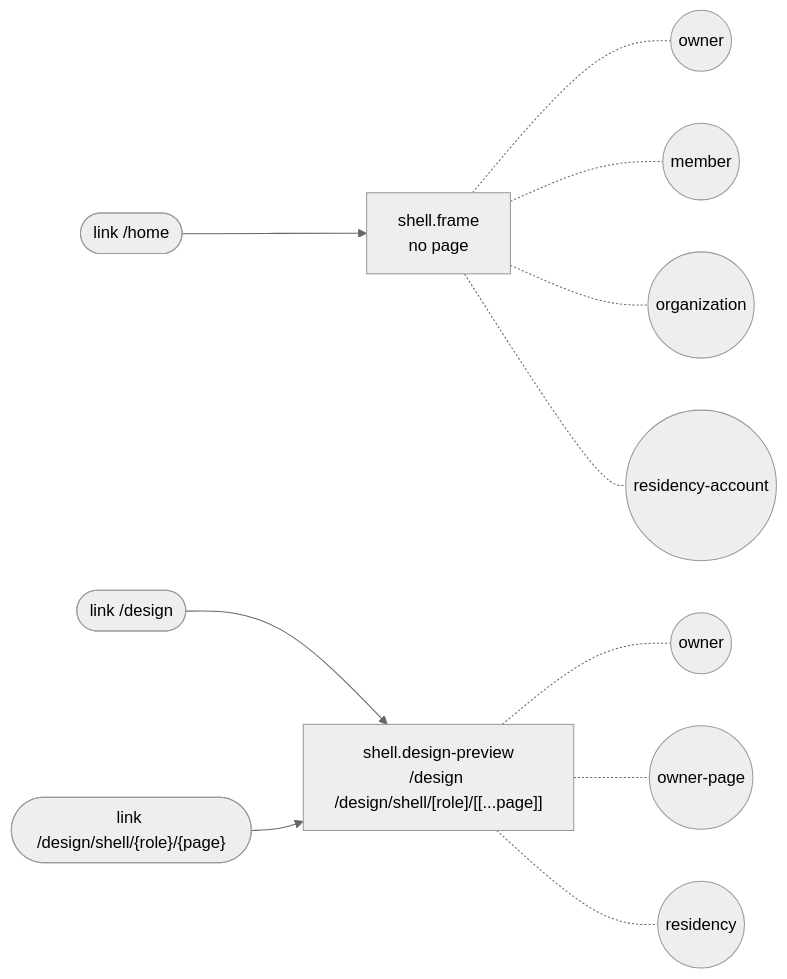
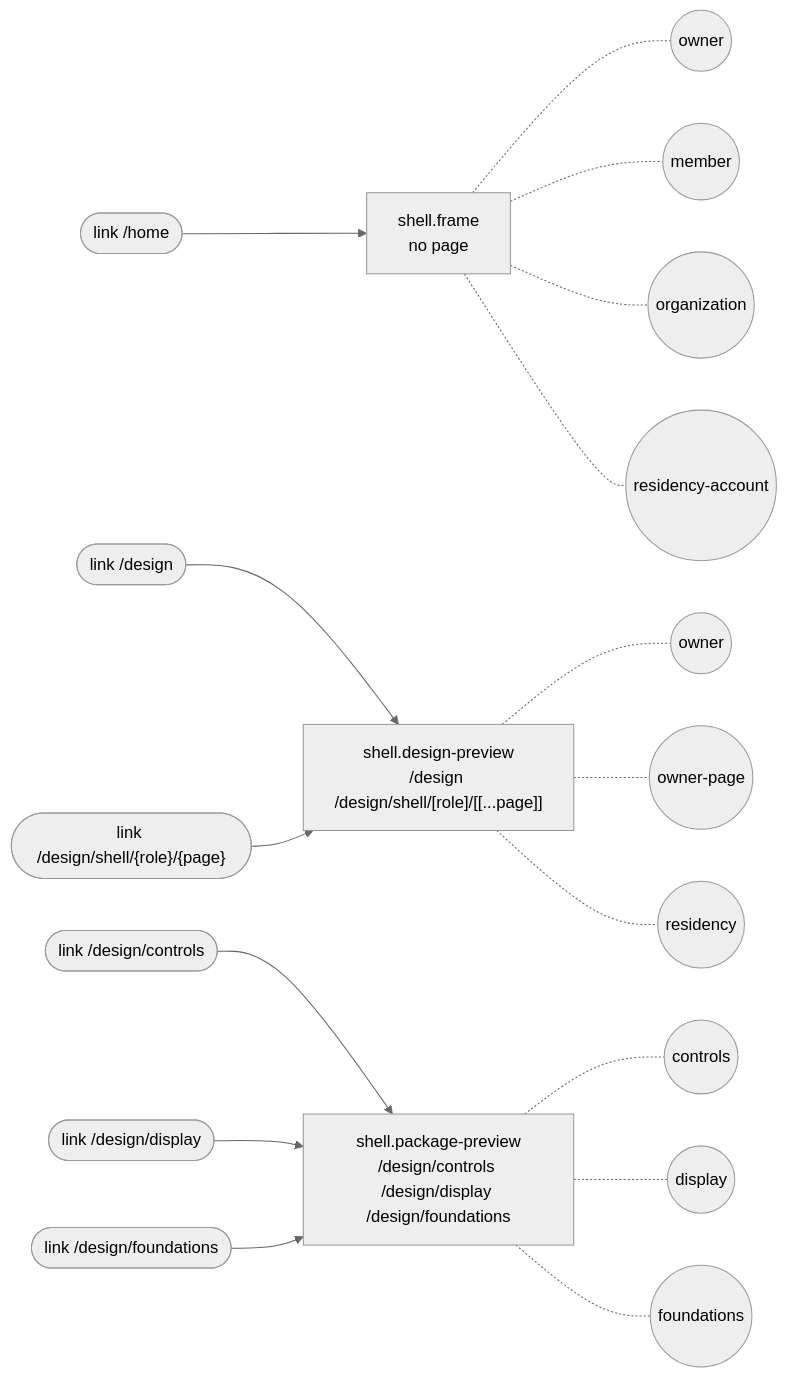
Before and after one commit to SebastianGarces/everyfield: the diagram in docs/feature-maps/shell.md, drawn with Mermaid (neutral theme). The commit also changed other lines of this file and 3 other files, not shown here.

First line of the commit message:
Feature maps: map /design/controls, /design/display and /design/foundations (R-08, rule 8)

````diff
--- a/docs/feature-maps/shell.md
+++ b/docs/feature-maps/shell.md
@@ -6,18 +6,28 @@
 ```mermaid
 flowchart LR
   s0_link0(["link /home"])
   s1_link0(["link /design"])
   s1_link1(["link /design/shell/{role}/{page}"])
+  s2_link0(["link /design/controls"])
+  s2_link1(["link /design/display"])
+  s2_link2(["link /design/foundations"])
   s0["shell.frame<br/>no page"]
   s0_link0 --> s0
   s0 -.- s0_st0(("owner"))
   s0 -.- s0_st1(("member"))
   s0 -.- s0_st2(("organization"))
   s0 -.- s0_st3(("residency-account"))
   s1["shell.design-preview<br/>/design /design/shell/[role]/[[...page]]"]
   s1_link0 --> s1
   s1_link1 --> s1
   s1 -.- s1_st0(("owner"))
   s1 -.- s1_st1(("owner-page"))
   s1 -.- s1_st2(("residency"))
+  s2["shell.package-preview<br/>/design/controls /design/display /design/foundations"]
+  s2_link0 --> s2
+  s2_link1 --> s2
+  s2_link2 --> s2
+  s2 -.- s2_st0(("controls"))
+  s2 -.- s2_st1(("display"))
+  s2 -.- s2_st2(("foundations"))
 ```
````
